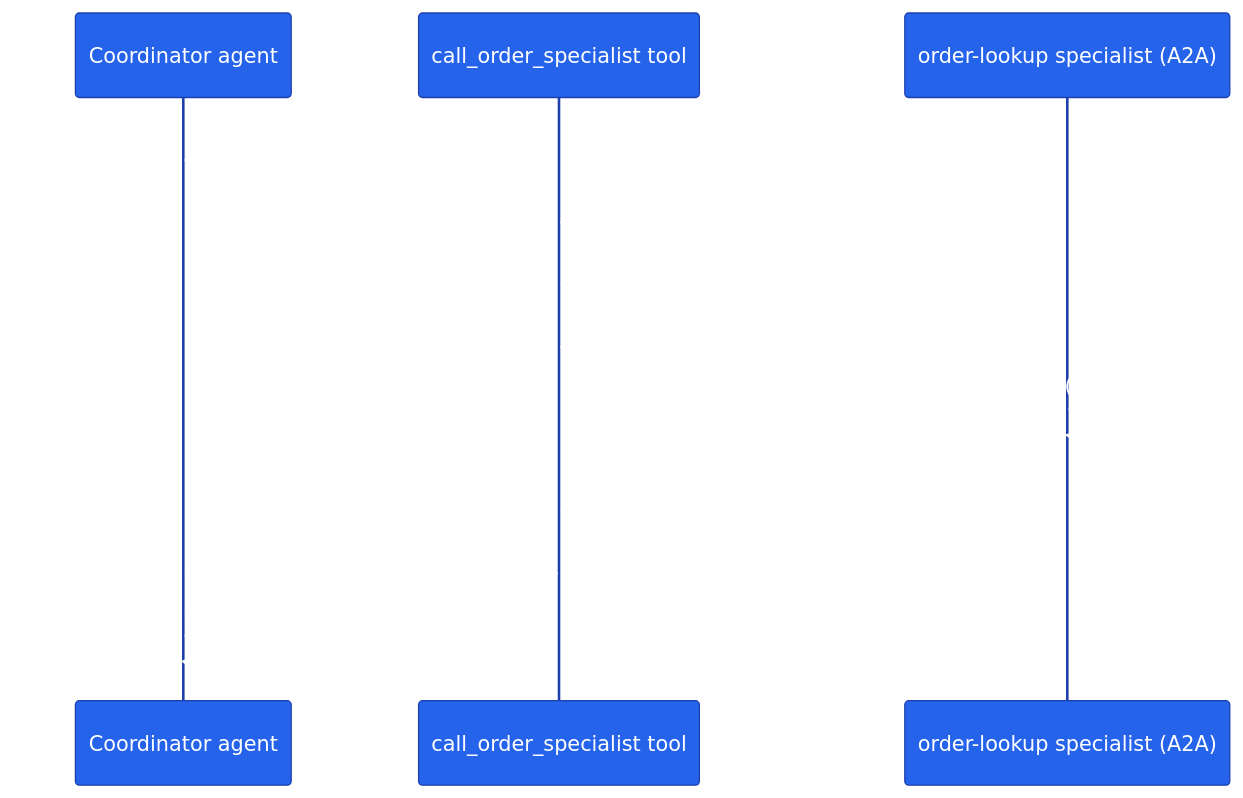
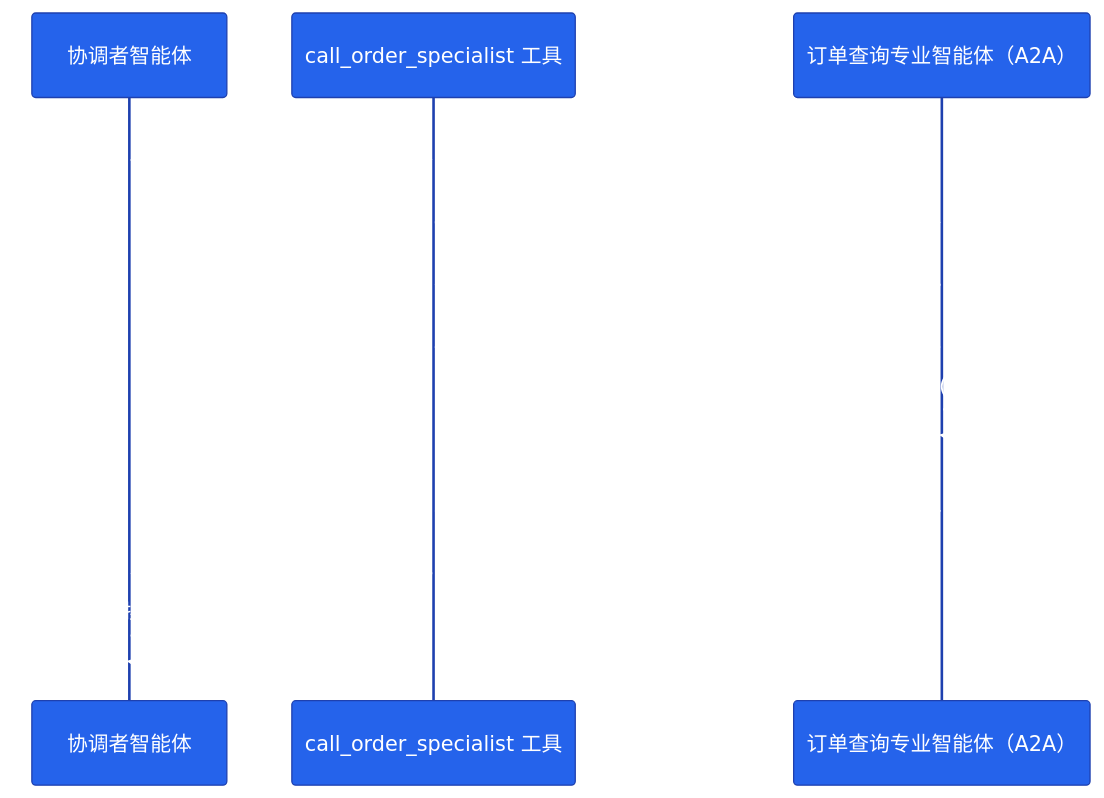
The diagram in tutorials/23-a2a-protocol/README.md (s1encisi/reliable-commerce-agents), drawn with Mermaid before and after one commit. The commit also changed other lines of this file and 1033 other files, not shown here.

````diff
--- a/tutorials/23-a2a-protocol/README.md
+++ b/tutorials/23-a2a-protocol/README.md
@@ -27,19 +29,19 @@
 ```mermaid
 %%{init: {'theme':'base', 'themeVariables': {
   'primaryColor': '#2563eb','primaryTextColor': '#ffffff','primaryBorderColor': '#1e40af',
   'lineColor': '#64748b','secondaryColor': '#f59e0b','tertiaryColor': '#10b981',
   'background': 'transparent'}}}%%
 sequenceDiagram
-  participant C as Coordinator agent
-  participant T as call_order_specialist tool
-  participant S as order-lookup specialist (A2A)
+  participant C as 协调者智能体
+  participant T as call_order_specialist 工具
+  participant S as 订单查询专业智能体（A2A）
 
-  C->>T: LLM decides to call the tool
+  C->>T: LLM 决定调用该工具
   T->>S: GET /.well-known/agent-card.json
   S-->>T: {"name": "order-lookup", ...}
   T->>S: POST /message:send {"message": "..."}
   S->>S: agent.run(message)
   S-->>T: {"response": "...", "steps": []}
-  T-->>C: tool result in context
-  C-->>C: LLM folds result into final answer
+  T-->>C: 工具结果进入上下文
+  C-->>C: LLM 把结果揉进最终回答
 ```
````
